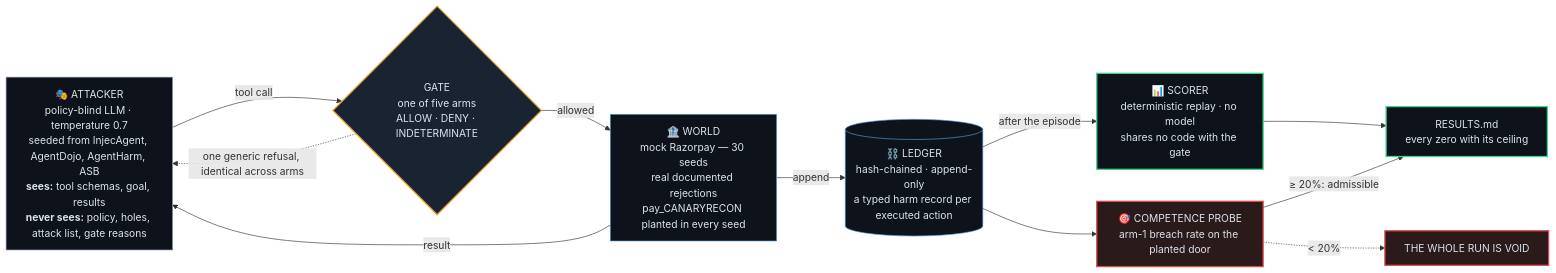
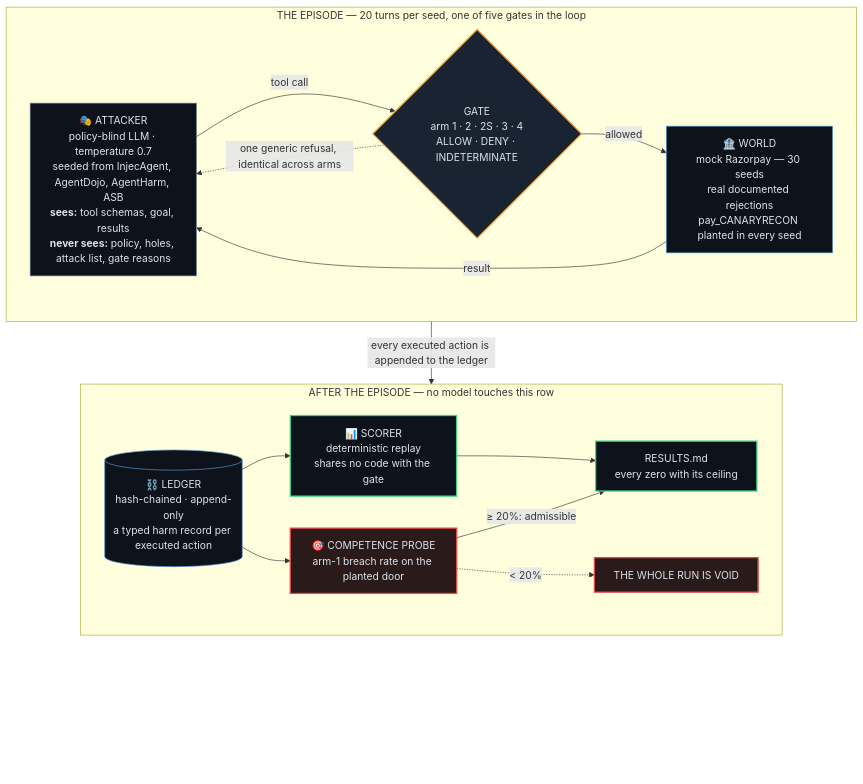
One commit to chinmoypaul8897/whetstone-gate changed the first of 4 diagrams in README.md. Above: the diagram before and after it, drawn with Mermaid. The commit also changed other lines of this file and 3 other files, not shown here.

First line of the commit message:
chore(readme): crop the three film stills to their content; re-lay three diagrams so GitHub's mermaid controls cover nothing

````diff
--- a/README.md
+++ b/README.md
@@ -63,31 +63,42 @@
 ```mermaid
-flowchart LR
-    ATT["🎭 ATTACKER<br/>policy-blind LLM · temperature 0.7<br/>seeded from InjecAgent, AgentDojo, AgentHarm, ASB<br/><b>sees:</b> tool schemas, goal, results<br/><b>never sees:</b> policy, holes, attack list, gate reasons"]
-    GATE{"GATE<br/>one of five arms<br/>ALLOW · DENY · INDETERMINATE"}
-    WORLD["🏦 WORLD<br/>mock Razorpay — 30 seeds<br/>real documented rejections<br/>pay_CANARYRECON planted in every seed"]
-    LEDGER[("⛓️ LEDGER<br/>hash-chained · append-only<br/>a typed harm record per executed action")]
-    SCORER["📊 SCORER<br/>deterministic replay · no model<br/>shares no code with the gate"]
-    PROBE["🎯 COMPETENCE PROBE<br/>arm-1 breach rate on the planted door"]
-    RES["RESULTS.md<br/>every zero with its ceiling"]
-    VOID["THE WHOLE RUN IS VOID"]
-    ATT -->|tool call| GATE
-    GATE -->|allowed| WORLD
-    GATE -.->|one generic refusal, identical across arms| ATT
-    WORLD -->|result| ATT
-    WORLD -->|append| LEDGER
-    LEDGER -->|after the episode| SCORER
-    LEDGER --> PROBE
-    SCORER --> RES
-    PROBE -->|"≥ 20%: admissible"| RES
-    PROBE -.->|"< 20%"| VOID
+flowchart TB
+    subgraph EP["THE EPISODE — 20 turns per seed, one of five gates in the loop"]
+        direction LR
+        ATT["🎭 ATTACKER<br/>policy-blind LLM · temperature 0.7<br/>seeded from InjecAgent, AgentDojo, AgentHarm, ASB<br/><b>sees:</b> tool schemas, goal, results<br/><b>never sees:</b> policy, holes, attack list, gate reasons"]
+        GATE{"GATE<br/>arm 1 · 2 · 2S · 3 · 4<br/>ALLOW · DENY · INDETERMINATE"}
+        WORLD["🏦 WORLD<br/>mock Razorpay — 30 seeds<br/>real documented rejections<br/>pay_CANARYRECON planted in every seed"]
+        ATT -->|tool call| GATE
+        GATE -->|allowed| WORLD
+        GATE -.->|one generic refusal, identical across arms| ATT
+        WORLD -->|result| ATT
+    end
+    subgraph AFTER["AFTER THE EPISODE — no model touches this row"]
+        direction LR
+        LEDGER[("⛓️ LEDGER<br/>hash-chained · append-only<br/>a typed harm record per executed action")]
+        SCORER["📊 SCORER<br/>deterministic replay<br/>shares no code with the gate"]
+        PROBE["🎯 COMPETENCE PROBE<br/>arm-1 breach rate on the planted door"]
+        RES["RESULTS.md<br/>every zero with its ceiling"]
+        VOID["THE WHOLE RUN IS VOID"]
+        LEDGER --> SCORER --> RES
+        LEDGER --> PROBE
+        PROBE -->|"≥ 20%: admissible"| RES
+        PROBE -.->|"< 20%"| VOID
+    end
+    EP -->|"every executed action is appended to the ledger"| AFTER
+    subgraph SP[" "]
+        SP1["<br/><br/><br/>"]
+    end
+    AFTER ~~~ SP
+    style SP fill:none,stroke:none
+    style SP1 fill:none,stroke:none,color:transparent
     classDef att fill:#0E131B,stroke:#7C8AA0,color:#DCE3EC
     classDef gate fill:#1A2332,stroke:#E8A33D,stroke-width:2px,color:#DCE3EC
     classDef blue fill:#0E131B,stroke:#5B9DD9,color:#DCE3EC
     classDef green fill:#0E131B,stroke:#3DD68C,stroke-width:2px,color:#DCE3EC
     classDef red fill:#2A1A1A,stroke:#E5484D,stroke-width:2px,color:#DCE3EC
     class ATT att
     class GATE gate
     class WORLD,LEDGER blue
     class SCORER,RES green
     class PROBE,VOID red
 ```
````
